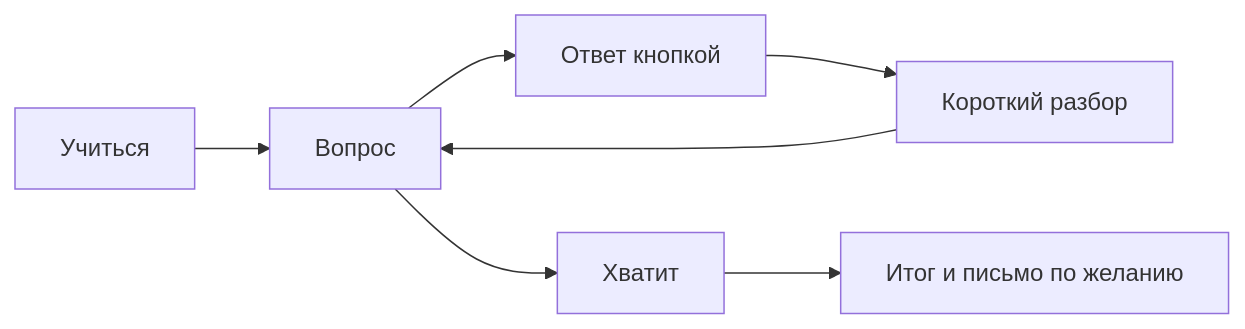
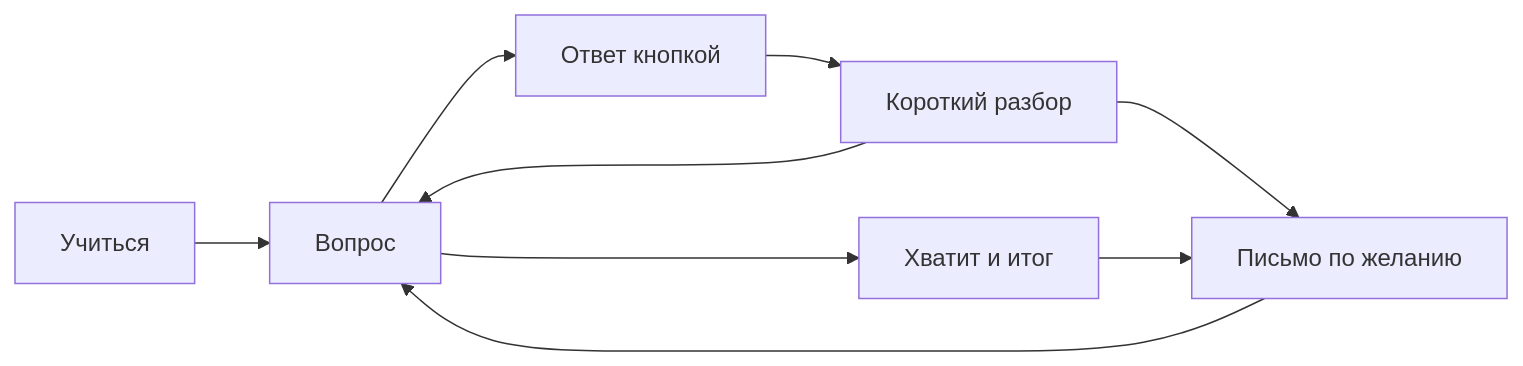
One commit to eiler2005/FluentLoop changed the diagram in docs/user-guide.md. Above: the diagram before and after it, drawn with Mermaid. The commit also changed other lines of this file and 38 other files, not shown here.

Commit message:
feat: integrate personal roadmap into Study

````diff
--- a/docs/user-guide.md
+++ b/docs/user-guide.md
@@ -18,9 +22,11 @@
 ```mermaid
 flowchart LR
     A[Учиться] --> B[Вопрос]
     B --> C[Ответ кнопкой]
     C --> D[Короткий разбор]
     D --> B
-    B --> E[Хватит]
-    E --> F[Итог и письмо по желанию]
+    D --> F[Письмо по желанию]
+    F --> B
+    B --> E[Хватит и итог]
+    E --> F
 ```
````
